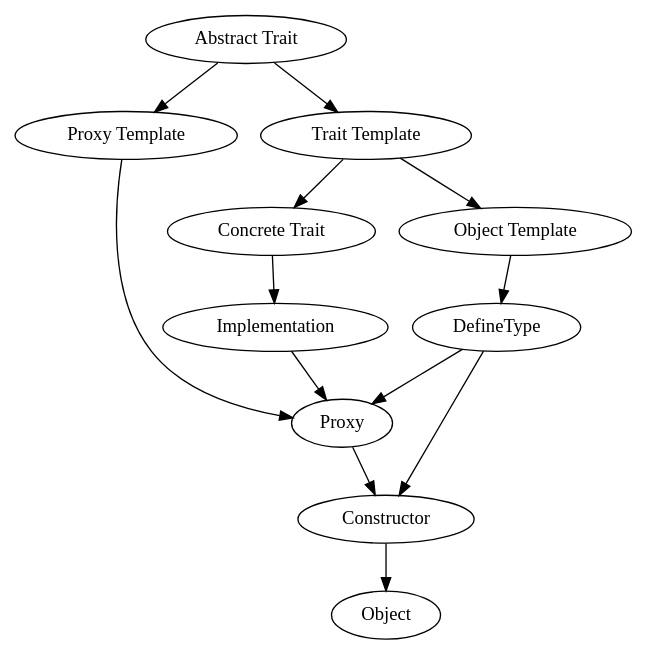
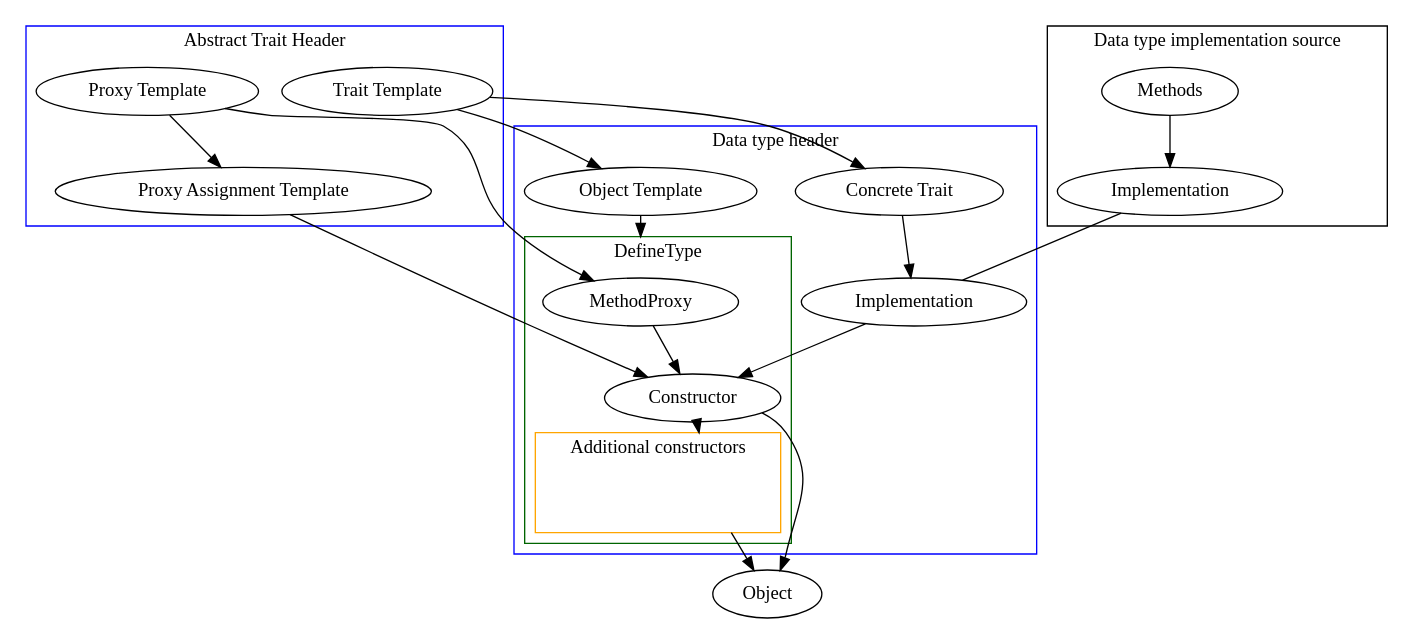
One commit to FabricatorZayac/generi.c changed the diagram in README.org. Above: the diagram before and after it, drawn with Graphviz. The commit also changed other lines of this file and 3 other files, not shown here.

```diff
--- a/README.org
+++ b/README.org
@@ -4,9 +2,47 @@
 #+begin_src dot :file architecture.png :exports results
 digraph {
-    "Abstract Trait" -> { "Proxy Template", "Trait Template" }
-    "Proxy Template" -> Proxy
-    "Trait Template" -> "Concrete Trait" -> Implementation -> Proxy
-    "Trait Template" -> "Object Template" -> DefineType -> { Proxy, Constructor }
-    Proxy -> Constructor -> Object
+    compound=true
+    subgraph cluster_0 {
+        label="Abstract Trait Header"
+        color=blue
+        "Trait Template"
+        "Proxy Template"
+        "Proxy Assignment Template"
+    }
+    subgraph cluster_3 {
+        label="Data type header"
+        color=blue
+        subgraph cluster_1 {
+            label=DefineType
+            color=darkgreen
+            "MethodProxy"
+            "Constructor"
+            subgraph cluster_2 {
+                label="Additional constructors"
+                color=orange
+                C [style=invis]
+            }
+        }
+        "Concrete Trait"
+        "Object Template"
+        Implementation
+    }
+    subgraph cluster_4 {
+        label="Data type implementation source"
+        Methods
+        "extern Implementation"
+    }
+    subgraph A {
+        edge [dir=none]
+        "extern Implementation" -> Implementation
+    }
+    "extern Implementation" [label=Implementation]
+    Methods -> "extern Implementation"
+    "Proxy Template" -> {"MethodProxy", "Proxy Assignment Template"}
+    "Trait Template" -> { "Concrete Trait", "Object Template" }
+    "Concrete Trait" -> Implementation
+    "Object Template" -> "MethodProxy" [lhead=cluster_1]
+    { "MethodProxy", "Proxy Assignment Template", Implementation } -> Constructor -> C [lhead=cluster_2]
+    { Constructor, C } -> Object [ltail=cluster_2]
 }
 #+end_src
```
